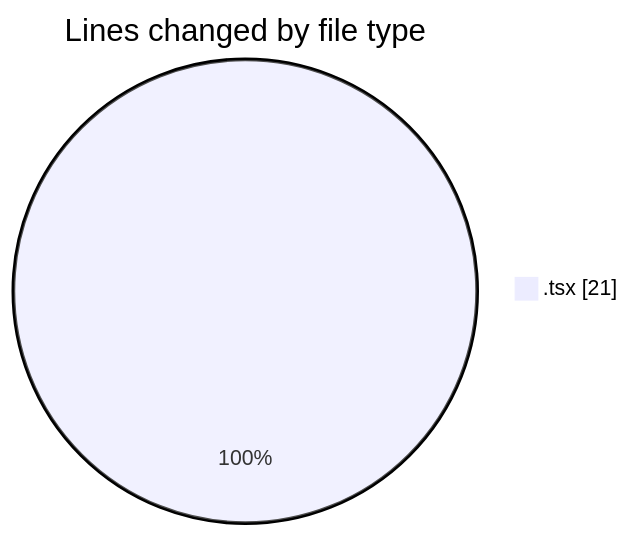
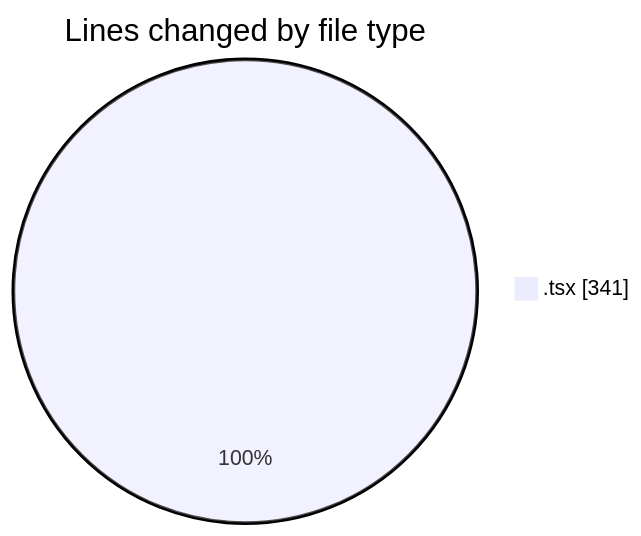
Before and after one commit to robertbonfada/code-tracking: the first of 2 diagrams in 2025-02-19/mbc-web/README.md, drawn with Mermaid. The commit also changed other lines of this file and 1 other file, not shown here.

````diff
--- a/2025-02-19/mbc-web/README.md
+++ b/2025-02-19/mbc-web/README.md
@@ -21,5 +22,5 @@
 ```mermaid
 pie showData
 title Lines changed by file type
-".tsx" : 21
+".tsx" : 341
 ```
````
